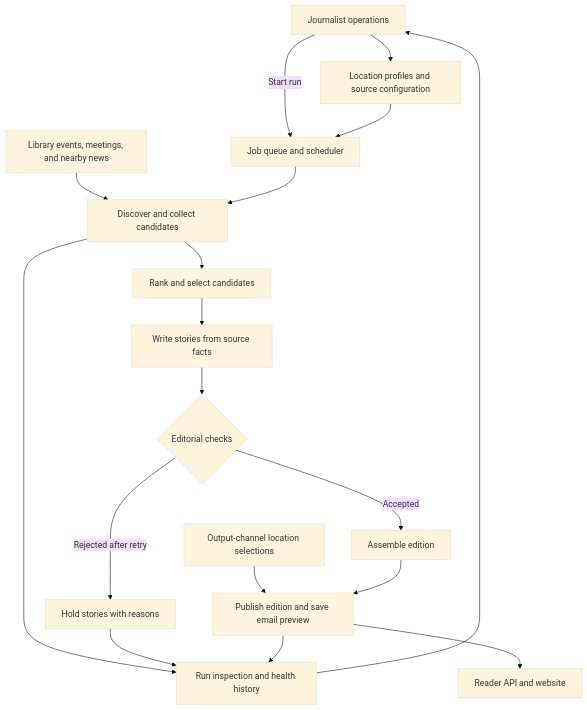
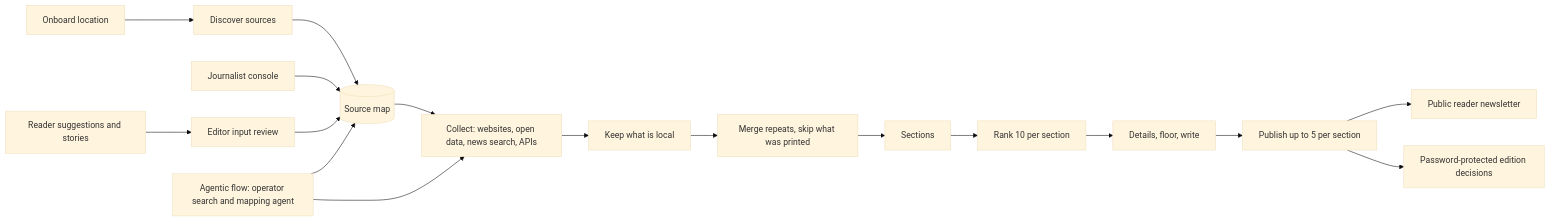
One commit to vbafnaa/NewsBee changed the diagram in README.md. Above: the diagram before and after it, drawn with Mermaid (base theme). The commit also changed other lines of this file and 454 other files, not shown here.

````diff
--- a/README.md
+++ b/README.md
@@ -22,20 +9,13 @@
 ```mermaid
-flowchart TD
-  Editors[Journalist operations] --> Directory[Location profiles and source configuration]
-  Editors -->|Start run| Queue[Job queue and scheduler]
-  Directory --> Queue
-  Sources[Library events, meetings, and nearby news] --> Collect[Discover and collect candidates]
-  Queue --> Collect
-  Collect --> Rank[Rank and select candidates]
-  Rank --> Write[Write stories from source facts]
-  Write --> Checks{Editorial checks}
-  Checks -->|Rejected after retry| Held[Hold stories with reasons]
-  Checks -->|Accepted| Assemble[Assemble edition]
-  Channels[Output-channel location selections] --> Publish[Publish edition and save email preview]
-  Assemble --> Publish
-  Publish --> Reader[Reader API and website]
-  Collect --> Review[Run inspection and health history]
-  Held --> Review
-  Publish --> Review
-  Review --> Editors
+flowchart LR
+  Onboard[Onboard location] --> Discover[Discover sources] --> Map[(Source map)]
+  Map --> Collect[Collect: websites, open data, news search, APIs]
+  Collect --> Local[Keep what is local] --> Merge[Merge repeats, skip what was printed]
+  Merge --> Sections[Sections] --> Rank[Rank 10 per section] --> Write[Details, floor, write]
+  Write --> Publish[Publish up to 5 per section] --> Reader[Public reader newsletter]
+  Publish --> Review[Password-protected edition decisions]
+  Editors[Journalist console] --> Map
+  Readers[Reader suggestions and stories] --> Inputs[Editor input review] --> Map
+  Agent[Agentic flow: operator search and mapping agent] --> Map
+  Agent --> Collect
 ```
````
